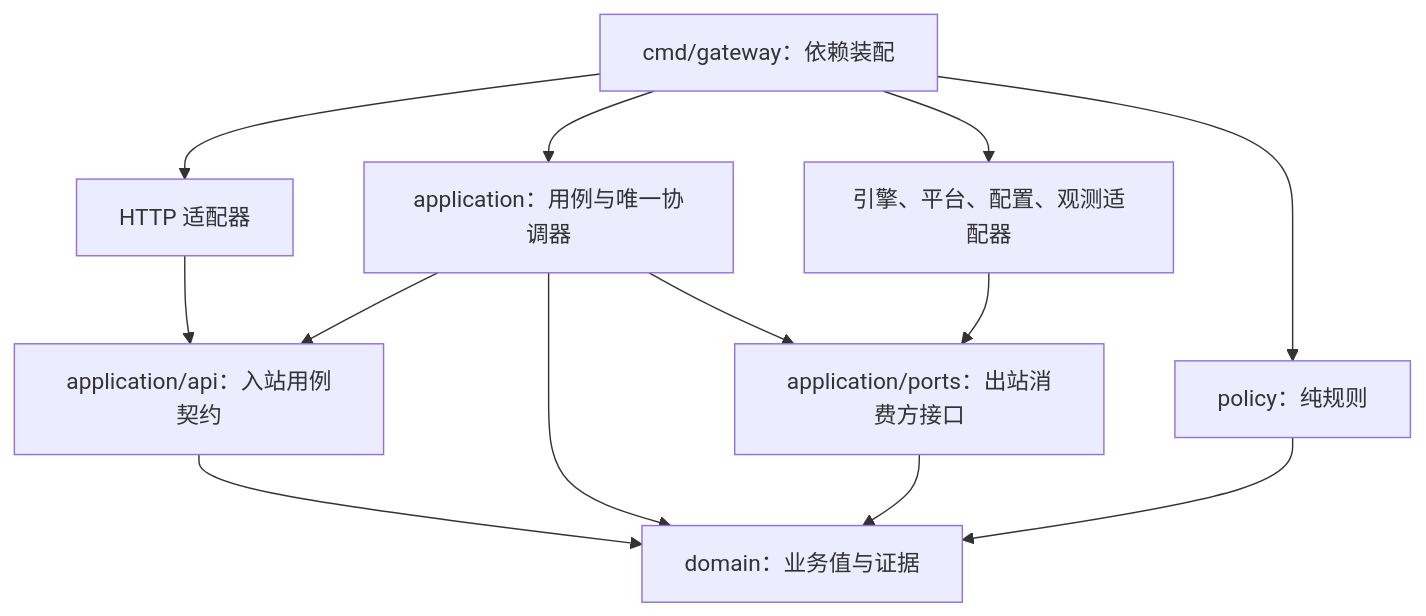
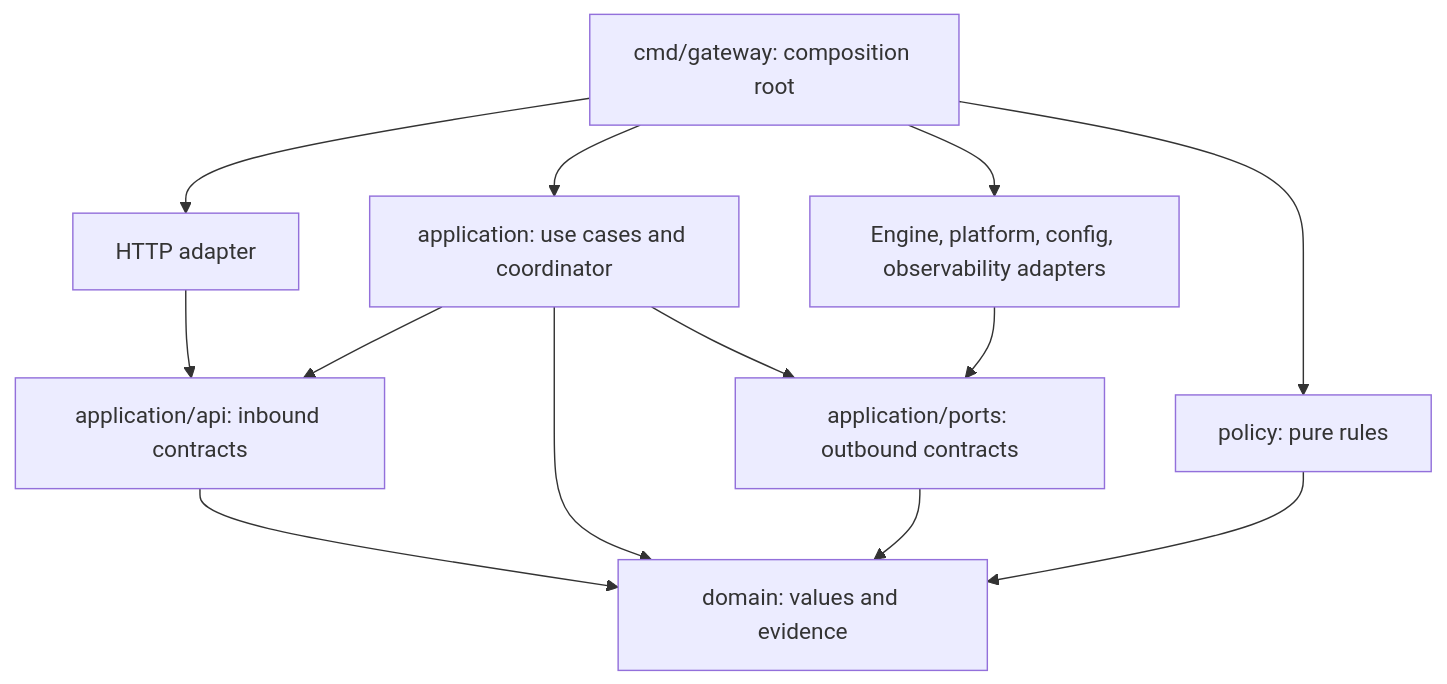
Before and after one commit to AtomsH4/adaptive-ai-gateway: the diagram in docs/architecture/overview.md, drawn with Mermaid. The commit also changed other lines of this file and 20 other files, not shown here.

````diff
--- a/docs/architecture/overview.md
+++ b/docs/architecture/overview.md
@@ -13,15 +13,15 @@
 ```mermaid
 flowchart TB
-    Root[cmd/gateway：依赖装配] --> App[application：用例与唯一协调器]
-    Root --> Inbound[HTTP 适配器]
-    Root --> Outbound[引擎、平台、配置、观测适配器]
-    Inbound --> API[application/api：入站用例契约]
+    Root["cmd/gateway: composition root"] --> App["application: use cases and coordinator"]
+    Root --> Inbound["HTTP adapter"]
+    Root --> Outbound["Engine, platform, config, observability adapters"]
+    Inbound --> API["application/api: inbound contracts"]
     App --> API
     API --> Domain
-    App --> Ports[application/ports：出站消费方接口]
+    App --> Ports["application/ports: outbound contracts"]
     Outbound --> Ports
-    App --> Domain[domain：业务值与证据]
+    App --> Domain["domain: values and evidence"]
     Ports --> Domain
-    Policy[policy：纯规则] --> Domain
+    Policy["policy: pure rules"] --> Domain
     Root --> Policy
 ```
````
